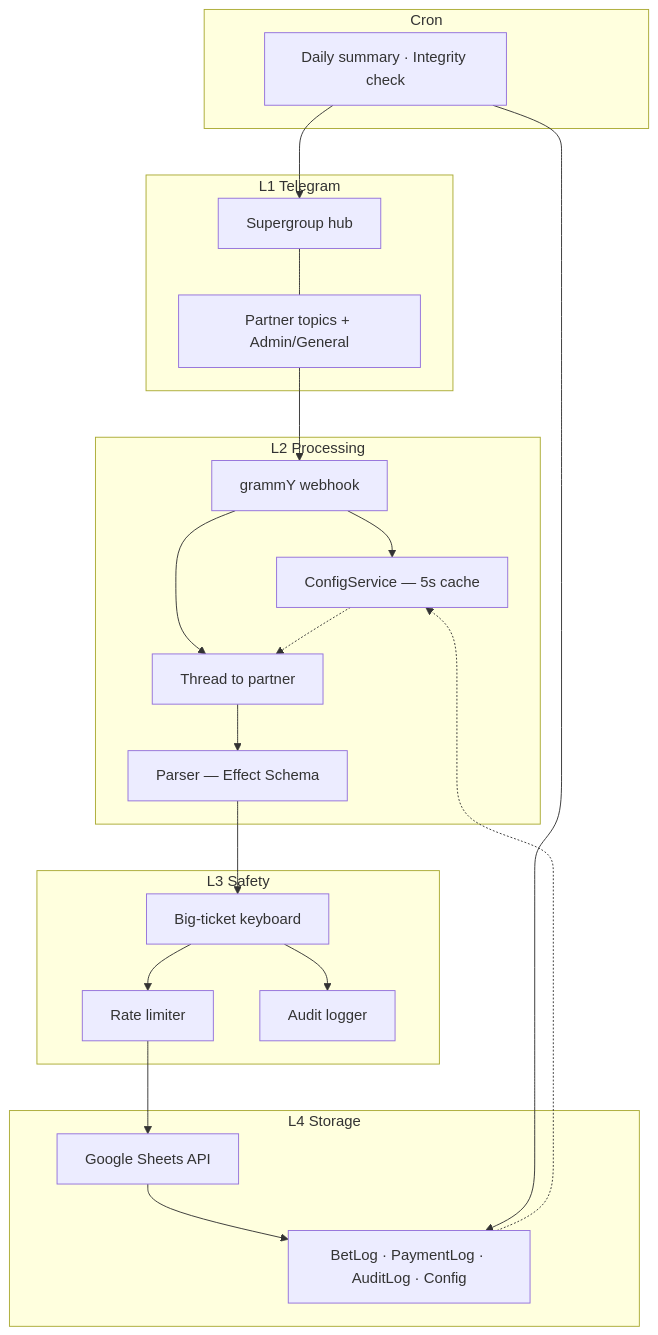
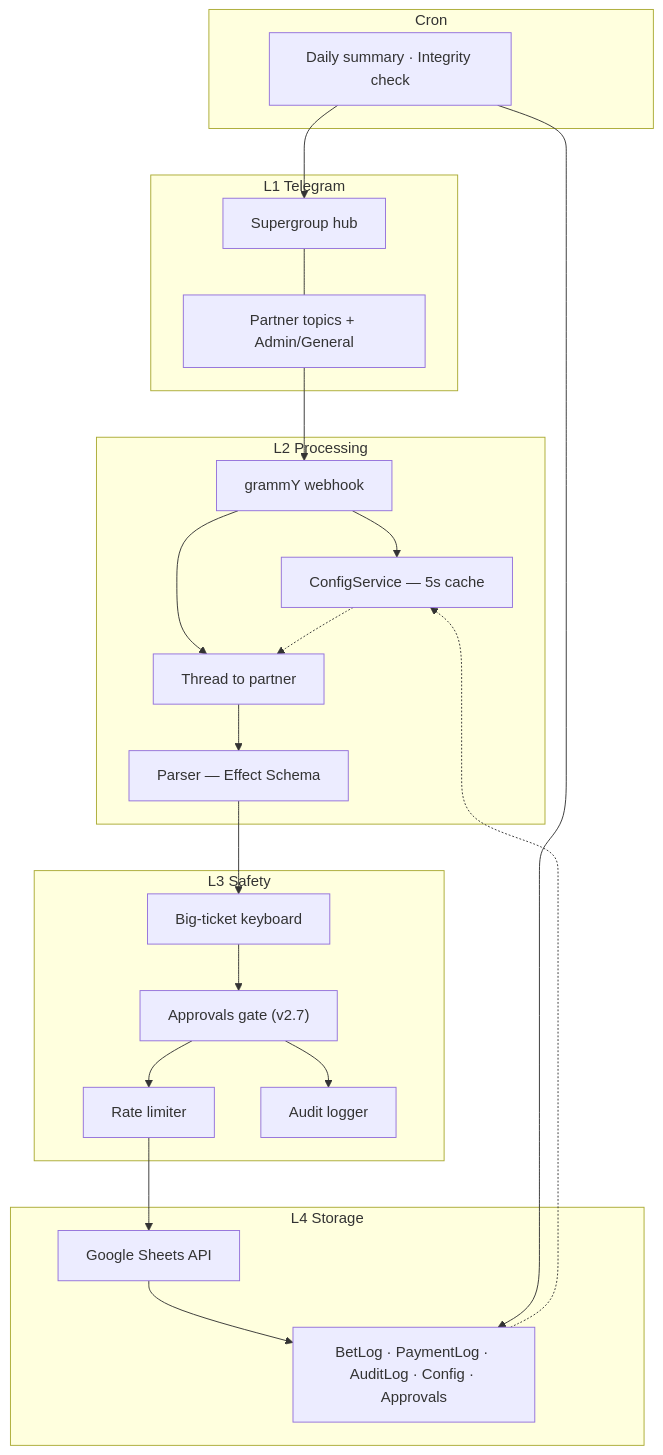
Before and after one commit to brendadeeznuts1111/bet-turnin-sheet: the diagram in README.md, drawn with Mermaid. The commit also changed other lines of this file and 6 other files, not shown here.

First line of the commit message:
docs: add approvals demo tab and align architecture diagrams

````diff
--- a/README.md
+++ b/README.md
@@ -74,41 +74,42 @@
 ```mermaid
 flowchart TD
     subgraph telegram [L1 Telegram]
         Hub["Supergroup hub"]
         Topics["Partner topics + Admin/General"]
         Hub --- Topics
     end
 
     subgraph processing [L2 Processing]
         Webhook["grammY webhook"]
         Config["ConfigService — 5s cache"]
         Map["Thread to partner"]
         Parse["Parser — Effect Schema"]
         Webhook --> Config
         Webhook --> Map --> Parse
     end
 
     subgraph safety [L3 Safety]
         BigTicket["Big-ticket keyboard"]
+        Approvals["Approvals gate (v2.7)"]
         RateLimit["Rate limiter"]
         Audit["Audit logger"]
-        Parse --> BigTicket --> Audit
-        BigTicket --> RateLimit
+        Parse --> BigTicket --> Approvals --> Audit
+        Approvals --> RateLimit
     end
 
     subgraph storage [L4 Storage]
         Sheets["Google Sheets API"]
-        Tabs["BetLog · PaymentLog · AuditLog · Config"]
+        Tabs["BetLog · PaymentLog · AuditLog · Config · Approvals"]
         RateLimit --> Sheets --> Tabs
     end
 
     subgraph cron [Cron]
         Jobs["Daily summary · Integrity check"]
         Jobs --> Hub
         Jobs --> Tabs
     end
 
     Topics --> Webhook
     Tabs -.-> Config
     Config -.-> Map
 ```
````
